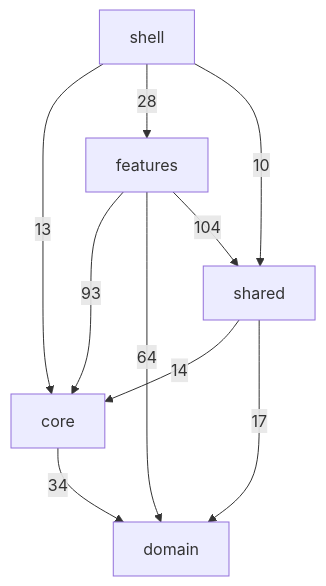
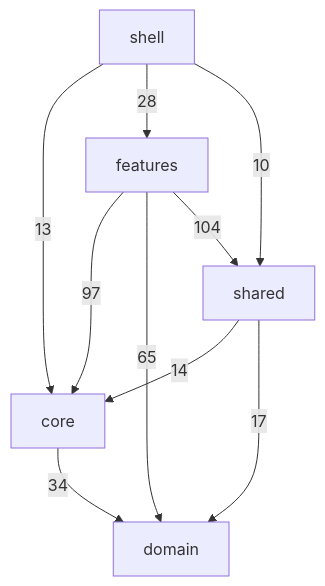
One commit to valde222/life_app changed the diagram in docs/diagrams/03a-code-layers.md. Above: the diagram before and after it, drawn with Mermaid. The commit also changed 8 other files, not shown here.

````diff
--- a/docs/diagrams/03a-code-layers.md
+++ b/docs/diagrams/03a-code-layers.md
@@ -5,17 +5,17 @@
 ```mermaid
 flowchart TD
   shell["shell"]
   features["features"]
   shared["shared"]
   core["core"]
   domain["domain"]
   core -- 34 --> domain
-  features -- 93 --> core
-  features -- 64 --> domain
+  features -- 97 --> core
+  features -- 65 --> domain
   features -- 104 --> shared
   shared -- 14 --> core
   shared -- 17 --> domain
   shell -- 13 --> core
   shell -- 28 --> features
   shell -- 10 --> shared
 ```
````
